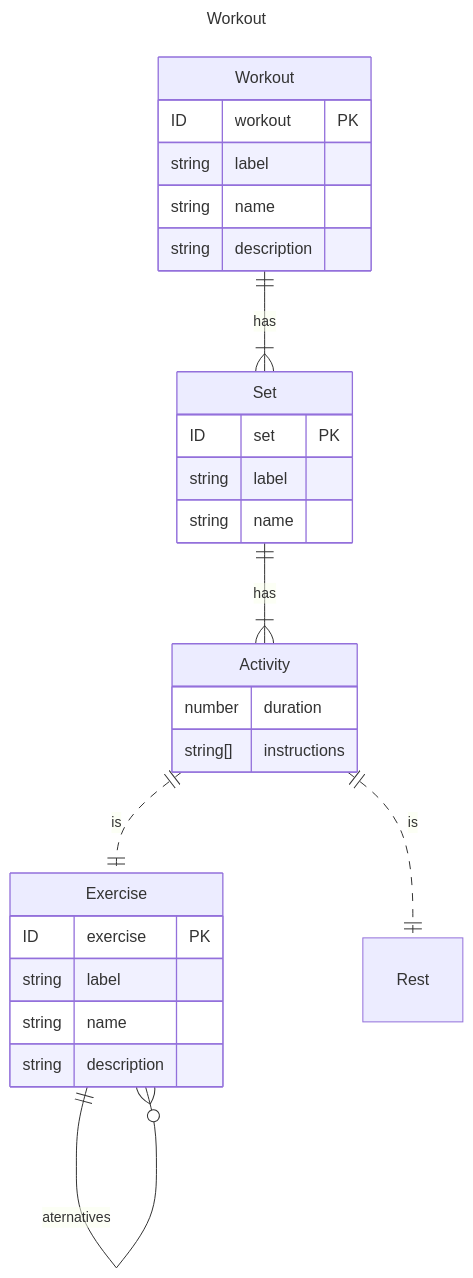
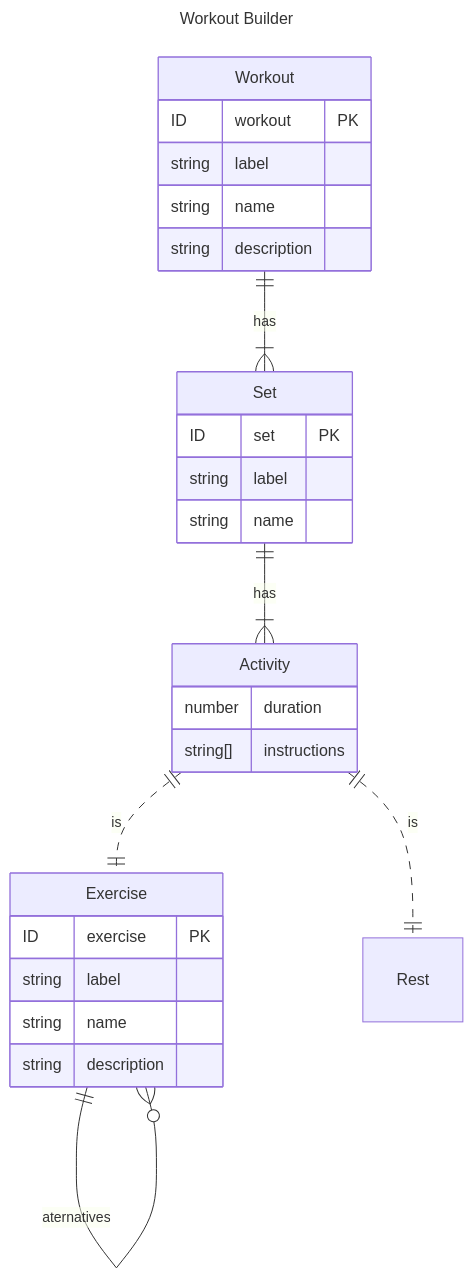
One commit to jmakeig/workout-builder3 changed the diagram in README.md. Above: the diagram before and after it, drawn with Mermaid.

Commit message:
Fixes ERD title

````diff
--- a/README.md
+++ b/README.md
@@ -9,38 +9,38 @@
 ```mermaid
 ---
-title: Workout
+title: Workout Builder
 config:
   # layout: elk
   # look: handDrawn
 ---
 
 erDiagram
     Workout {
         ID workout PK
         string label
         string name
         string description
     }
     Set {
         ID set PK
         string label
         string name
     }
     Activity {
         number duration
         string[] instructions
     }
     Exercise {
         ID exercise PK
         string label
         string name
         string description
     }
     Rest { }
 
     Workout ONE TO ONE OR MORE Set : "has"
     Set ONE TO ONE OR MORE Activity : "has"
     Activity ||..|| Exercise : "is"
     Activity ||..|| Rest : "is"
     Exercise ONE TO ZERO OR MORE Exercise : "aternatives"
 ```
````
